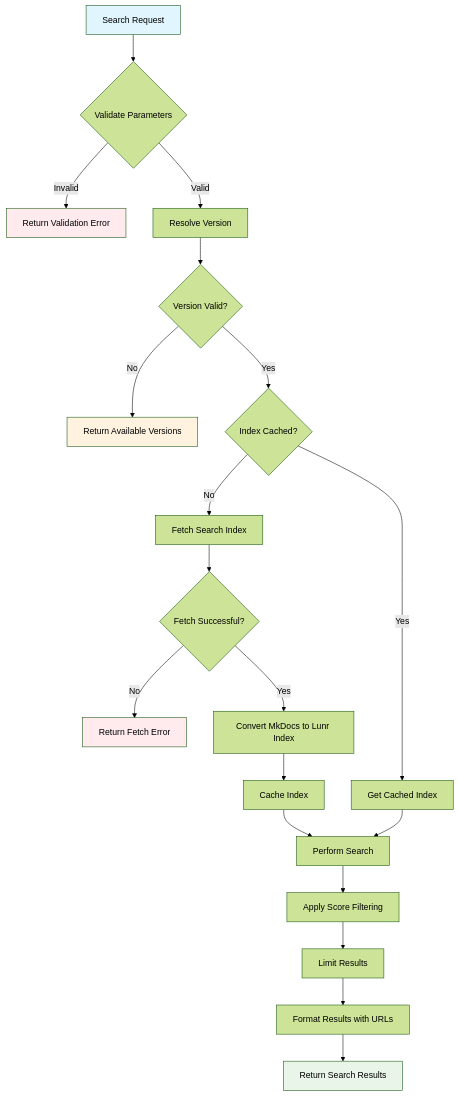
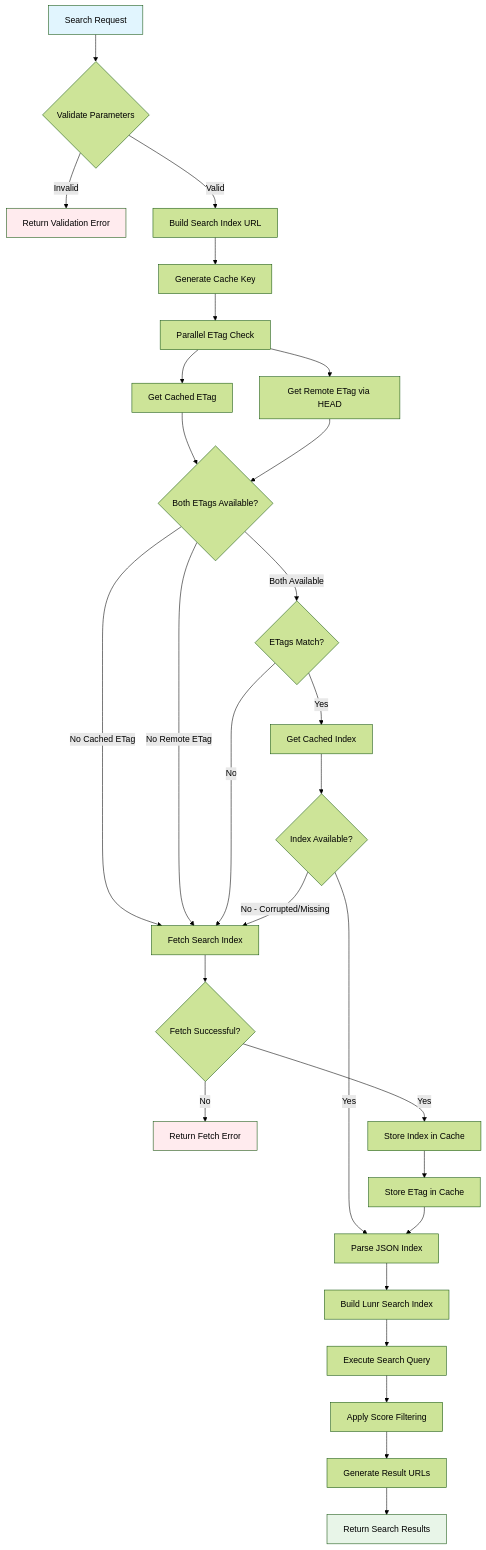
One commit to aws-powertools/powertools-mcp changed the diagram in src/tools/searchDocs/README.md. Above: the diagram before and after it, drawn with Mermaid (forest theme). The commit also changed other lines of this file, not shown here.

````diff
--- a/src/tools/searchDocs/README.md
+++ b/src/tools/searchDocs/README.md
@@ -41,32 +40,44 @@
 ```mermaid
 graph TD
     A[Search Request] --> B{Validate Parameters}
     B -->|Invalid| C[Return Validation Error]
-    B -->|Valid| D[Resolve Version]
+    B -->|Valid| D[Build Search Index URL]
     
-    D --> E{Version Valid?}
-    E -->|No| F[Return Available Versions]
-    E -->|Yes| G{Index Cached?}
+    D --> E[Generate Cache Key]
+    E --> F[Parallel ETag Check]
     
-    G -->|Yes| H[Get Cached Index]
-    G -->|No| I[Fetch Search Index]
+    F --> G[Get Cached ETag]
+    F --> H[Get Remote ETag via HEAD]
     
-    I --> J{Fetch Successful?}
-    J -->|No| K[Return Fetch Error]
-    J -->|Yes| L[Convert MkDocs to Lunr Index]
+    G --> I{Both ETags Available?}
+    H --> I
     
-    L --> M[Cache Index]
-    M --> N[Perform Search]
-    H --> N
+    I -->|No Cached ETag| J[Fetch Search Index]
+    I -->|No Remote ETag| J
+    I -->|Both Available| K{ETags Match?}
     
-    N --> O[Apply Score Filtering]
-    O --> P[Limit Results]
-    P --> Q[Format Results with URLs]
-    Q --> R[Return Search Results]
+    K -->|Yes| L[Get Cached Index]
+    K -->|No| J
+    
+    L --> R{Index Available?}
+    R -->|Yes| S[Parse JSON Index]
+    R -->|No - Corrupted/Missing| J
+    
+    J --> M{Fetch Successful?}
+    M -->|No| N[Return Fetch Error]
+    M -->|Yes| O[Store Index in Cache]
+    
+    O --> P[Store ETag in Cache]
+    P --> S
+    
+    S --> T[Build Lunr Search Index]
+    T --> U[Execute Search Query]
+    U --> V[Apply Score Filtering]
+    V --> W[Generate Result URLs]
+    W --> X[Return Search Results]
     
     style A fill:#e1f5fe
-    style R fill:#e8f5e8
+    style X fill:#e8f5e8
     style C fill:#ffebee
-    style F fill:#fff3e0
-    style K fill:#ffebee
+    style N fill:#ffebee
 ```
````
